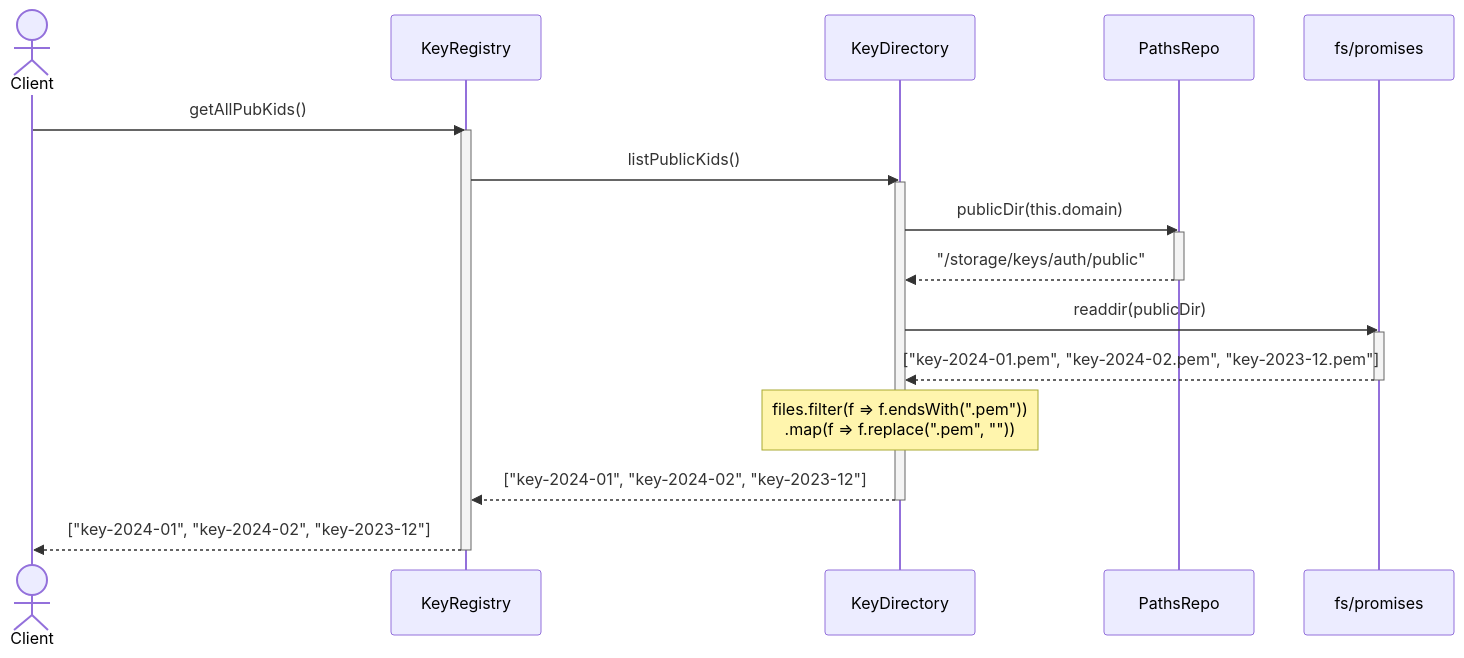
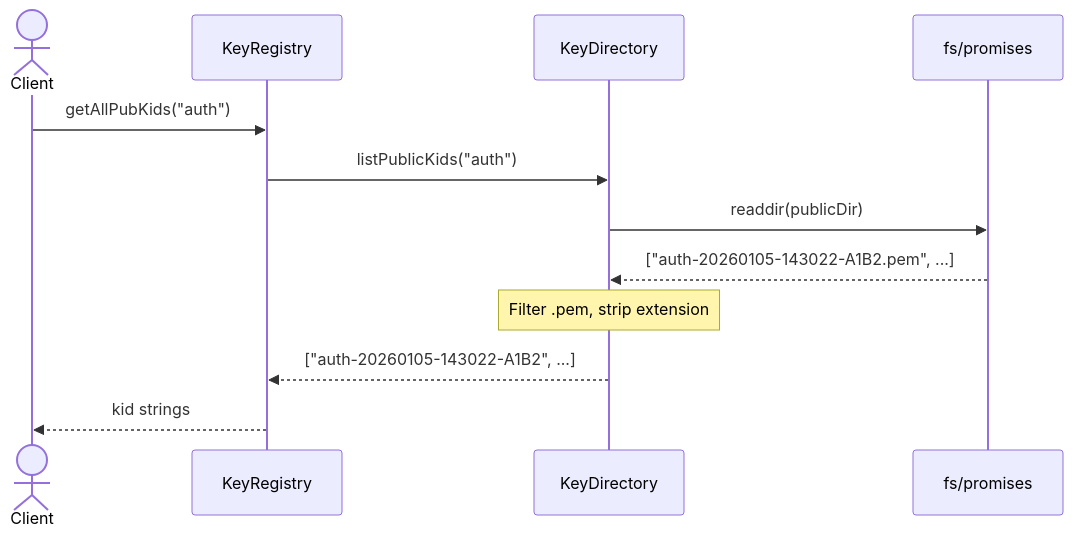
One commit to itsGurdevSingh/vault changed the sixth of 7 diagrams in docs/generated/domain/key-manager/loader/structure.md. Above: the diagram before and after it, drawn with Mermaid. The commit also changed other lines of this file and 8 other files, not shown here.

````diff
--- a/docs/generated/domain/key-manager/loader/structure.md
+++ b/docs/generated/domain/key-manager/loader/structure.md
@@ -559,32 +456,18 @@
 ```mermaid
 sequenceDiagram
     actor Client
     participant Registry as KeyRegistry
     participant Directory as KeyDirectory
-    participant Paths as PathsRepo
     participant FS as fs/promises
 
-    Client->>Registry: getAllPubKids()
-    activate Registry
-
-    Registry->>Directory: listPublicKids()
-    activate Directory
-
-    Directory->>Paths: publicDir(this.domain)
-    activate Paths
-    Paths-->>Directory: "/storage/keys/auth/public"
-    deactivate Paths
+    Client->>Registry: getAllPubKids("auth")
+    Registry->>Directory: listPublicKids("auth")
 
     Directory->>FS: readdir(publicDir)
-    activate FS
-    FS-->>Directory: ["key-2024-01.pem", "key-2024-02.pem", "key-2023-12.pem"]
-    deactivate FS
+    FS-->>Directory: ["auth-20260105-143022-A1B2.pem", ...]
 
-    Note over Directory: files.filter(f => f.endsWith(".pem"))<br/>     .map(f => f.replace(".pem", ""))
+    Note over Directory: Filter .pem, strip extension
 
-    Directory-->>Registry: ["key-2024-01", "key-2024-02", "key-2023-12"]
-    deactivate Directory
-
-    Registry-->>Client: ["key-2024-01", "key-2024-02", "key-2023-12"]
-    deactivate Registry
+    Directory-->>Registry: ["auth-20260105-143022-A1B2", ...]
+    Registry-->>Client: kid strings
 ```
````
